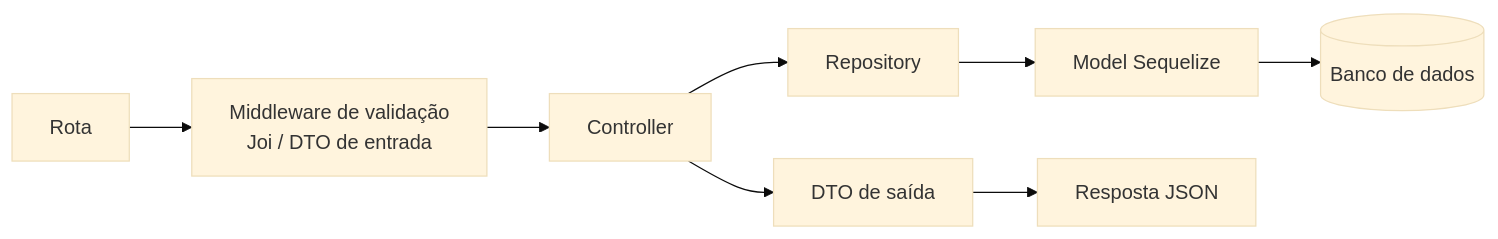
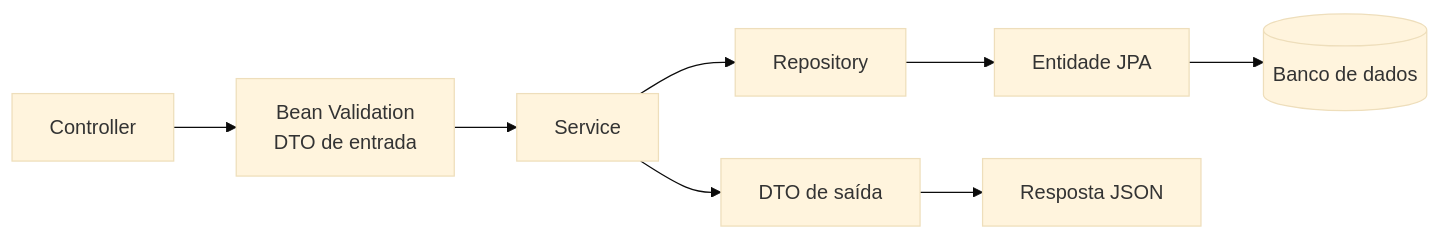
Before and after one commit to mourapontes/atv1_backend: the second of 2 diagrams in README.md, drawn with Mermaid (base theme). The commit also changed other lines of this file, not shown here.

````diff
--- a/README.md
+++ b/README.md
@@ -95,10 +95,10 @@
 ```mermaid
 flowchart LR
-    A[Rota] --> B[Middleware de validação<br/>Joi / DTO de entrada]
-    B --> C[Controller]
+    A[Controller] --> B[Bean Validation<br/>DTO de entrada]
+    B --> C[Service]
     C --> D[Repository]
-    D --> E[Model Sequelize]
+    D --> E[Entidade JPA]
     E --> F[(Banco de dados)]
     C --> G[DTO de saída]
     G --> H[Resposta JSON]
 ```
````
